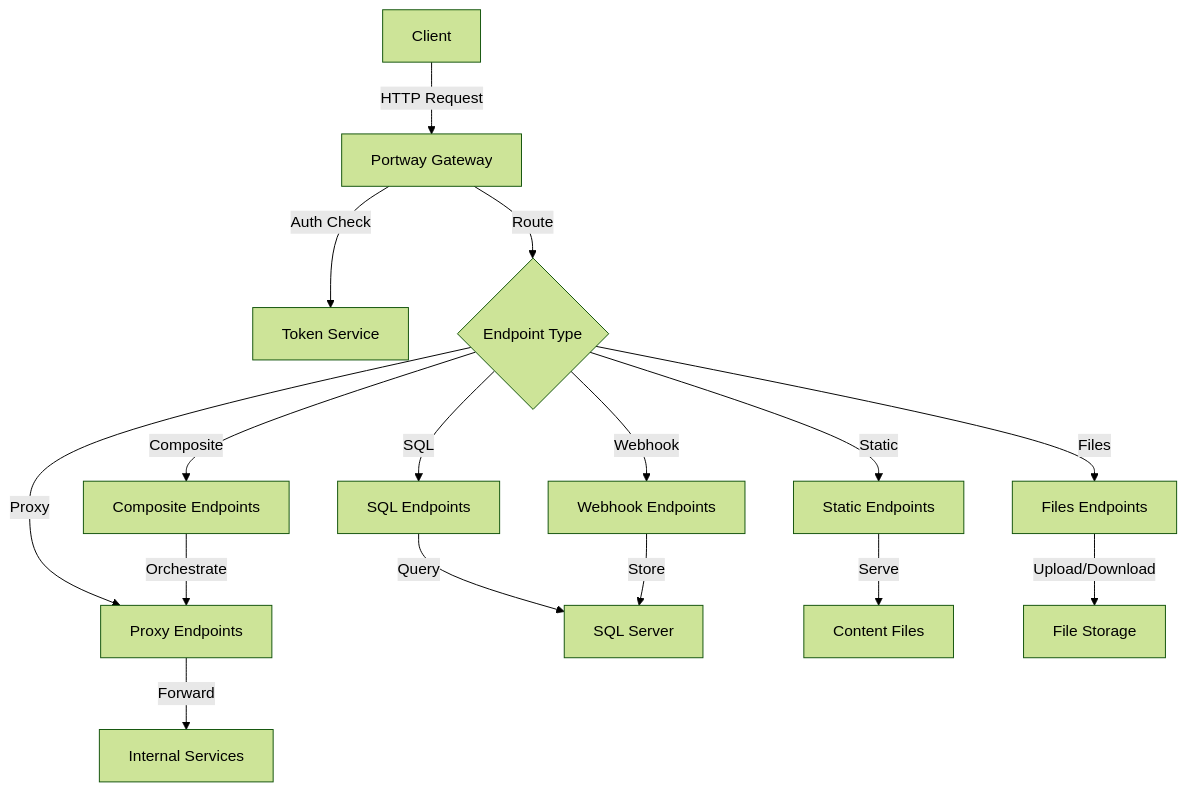
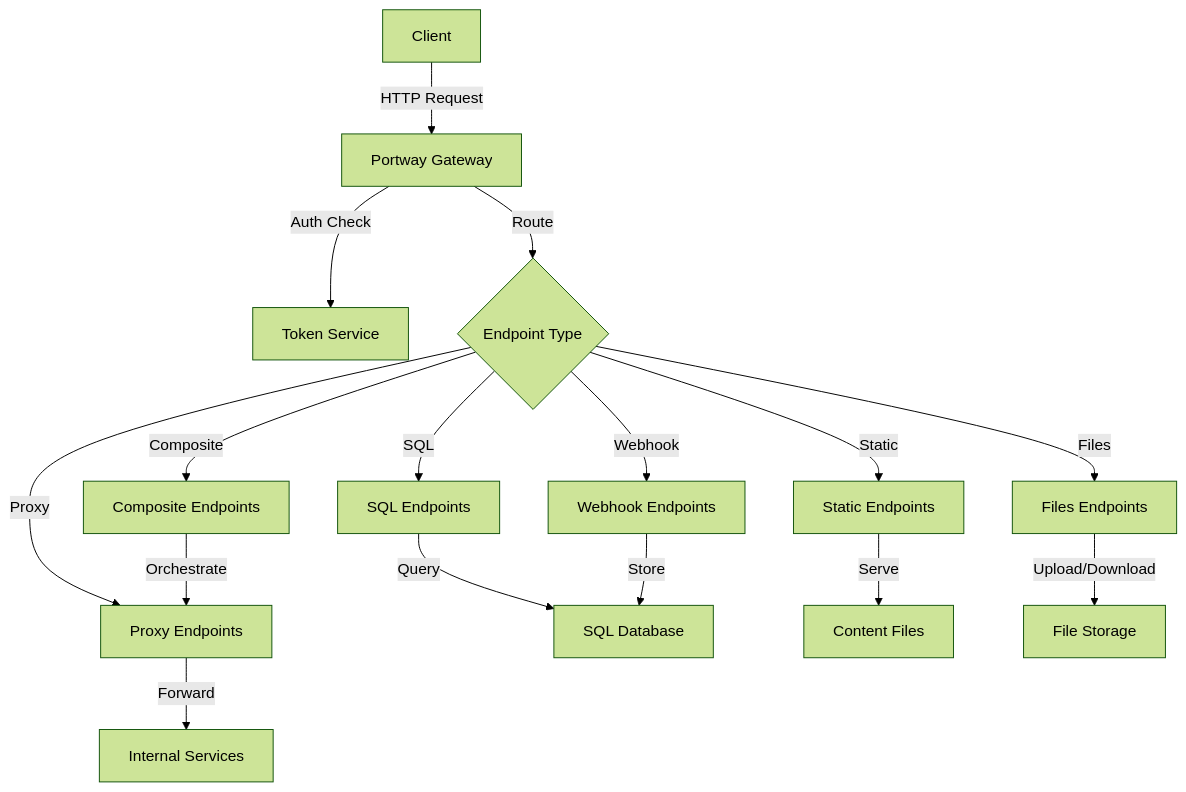
One commit to melosso/portway changed the diagram in Documentation/docs/reference/index.md. Above: the diagram before and after it, drawn with Mermaid (forest theme). The commit also changed other lines of this file and 14 other files, not shown here.

````diff
--- a/Documentation/docs/reference/index.md
+++ b/Documentation/docs/reference/index.md
@@ -9,18 +9,18 @@
 ```mermaid
 graph TD
     A[Client] -->|HTTP Request| B[Portway Gateway]
     B -->|Auth Check| C[Token Service]
     B -->|Route| D{Endpoint Type}
     D -->|SQL| E[SQL Endpoints]
     D -->|Proxy| F[Proxy Endpoints]
     D -->|Static| M[Static Endpoints]
     D -->|Composite| G[Composite Endpoints]
     D -->|Webhook| H[Webhook Endpoints]
     D -->|Files| K[Files Endpoints]
-    E -->|Query| I[SQL Server]
+    E -->|Query| I[SQL Database]
     F -->|Forward| J[Internal Services]
     M -->|Serve| N[Content Files]
     G -->|Orchestrate| F
     H -->|Store| I
     K -->|Upload/Download| L[File Storage]
 ```
````
